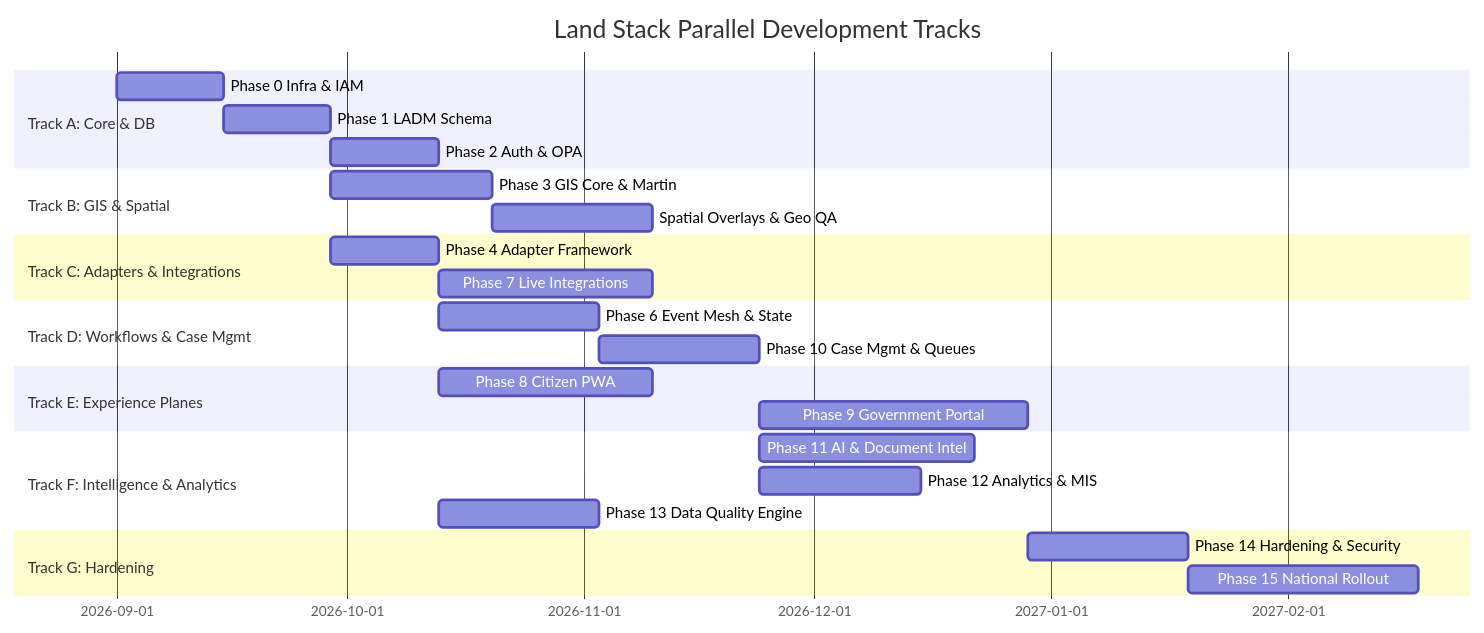
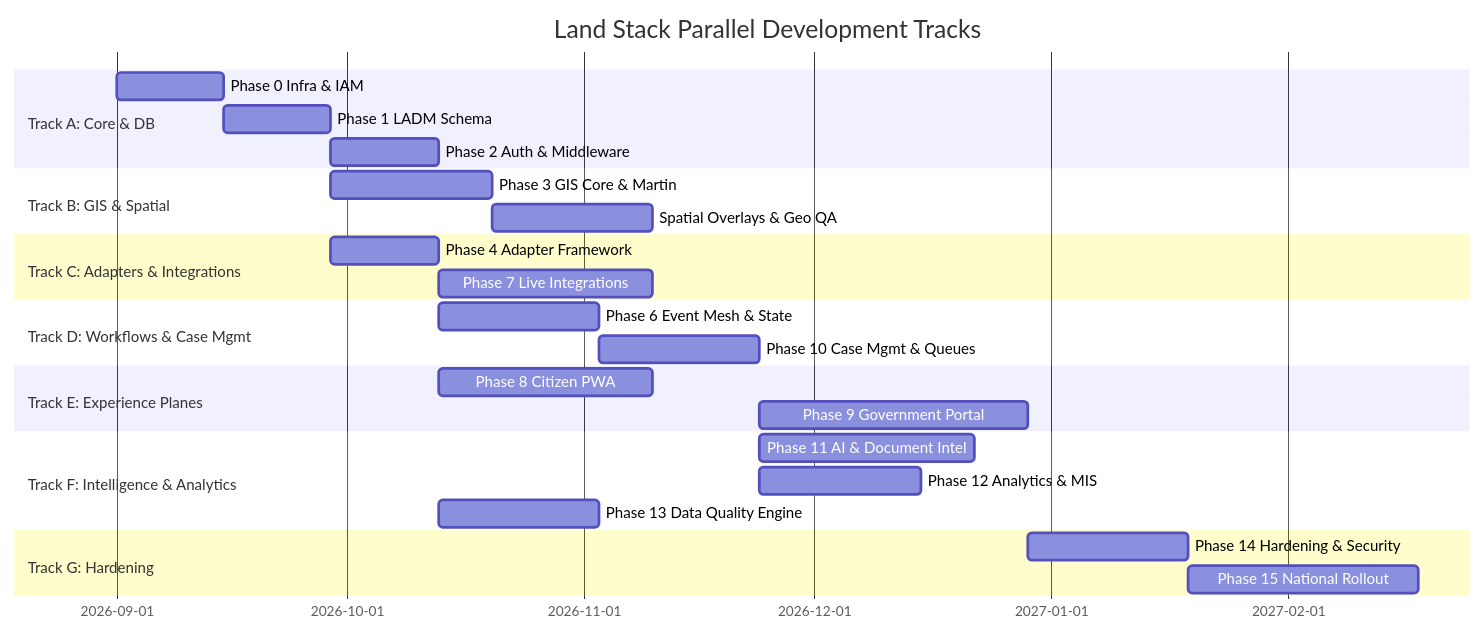
Before and after one commit to Abhishekgujar28/LAND-STACK: the second of 2 diagrams in docs/main-docs/phases.md, drawn with Mermaid. The commit also changed other lines of this file and 53 other files, not shown here.

````diff
--- a/docs/main-docs/phases.md
+++ b/docs/main-docs/phases.md
@@ -218,28 +238,28 @@
 ```mermaid
 gantt
     title Land Stack Parallel Development Tracks
     dateFormat  YYYY-MM-DD
     section Track A: Core & DB
     Phase 0 Infra & IAM           :a1, 2026-09-01, 14d
     Phase 1 LADM Schema           :a2, after a1, 14d
-    Phase 2 Auth & OPA            :a3, after a2, 14d
+    Phase 2 Auth & Middleware     :a3, after a2, 14d
     section Track B: GIS & Spatial
     Phase 3 GIS Core & Martin     :b1, after a2, 21d
     Spatial Overlays & Geo QA     :b2, after b1, 21d
     section Track C: Adapters & Integrations
     Phase 4 Adapter Framework     :c1, after a2, 14d
     Phase 7 Live Integrations     :c2, after c1, 28d
     section Track D: Workflows & Case Mgmt
     Phase 6 Event Mesh & State    :d1, after a3, 21d
     Phase 10 Case Mgmt & Queues   :d2, after d1, 21d
     section Track E: Experience Planes
     Phase 8 Citizen PWA           :e1, after a3, 28d
     Phase 9 Government Portal     :e2, after d2, 35d
     section Track F: Intelligence & Analytics
     Phase 11 AI & Document Intel  :f1, after d2, 28d
     Phase 12 Analytics & MIS      :f2, after d2, 21d
     Phase 13 Data Quality Engine  :f3, after c1, 21d
     section Track G: Hardening
     Phase 14 Hardening & Security :g1, after e2, 21d
     Phase 15 National Rollout     :g2, after g1, 30d
 ```
````
